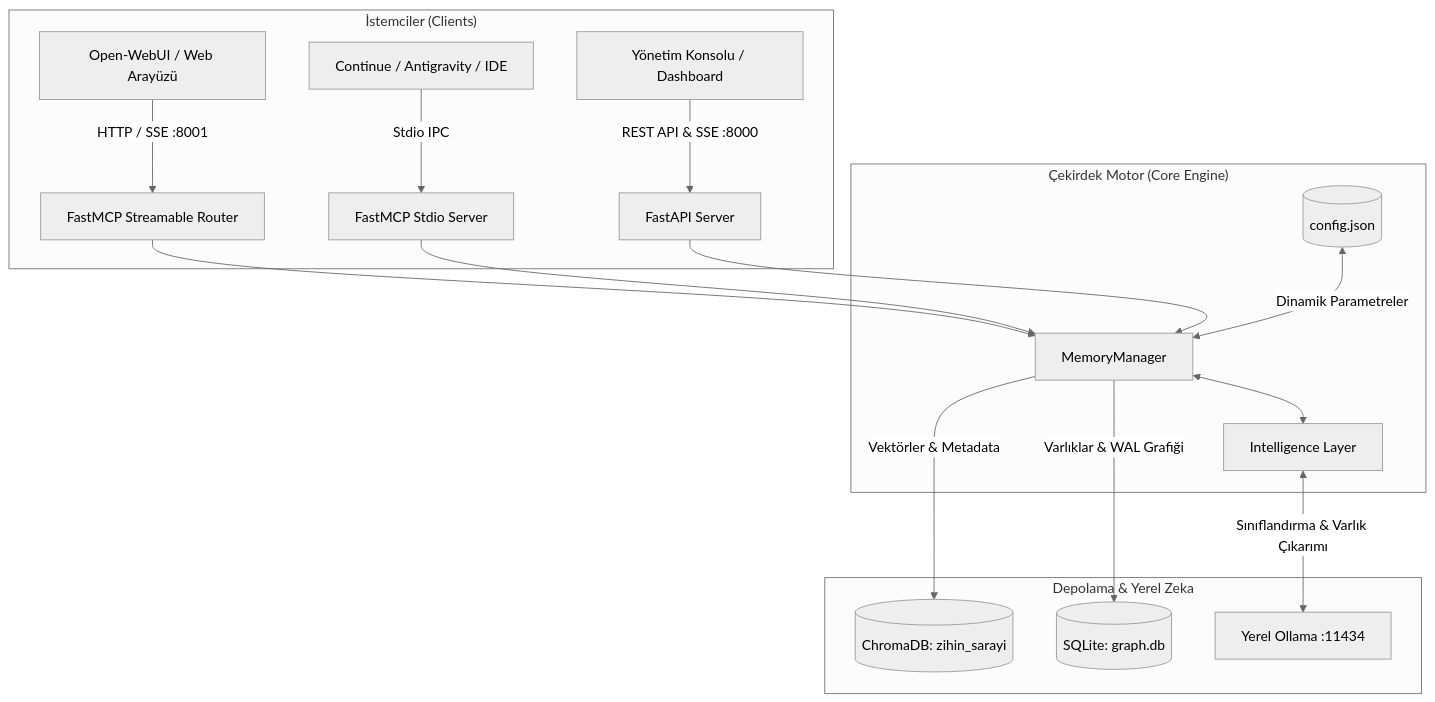
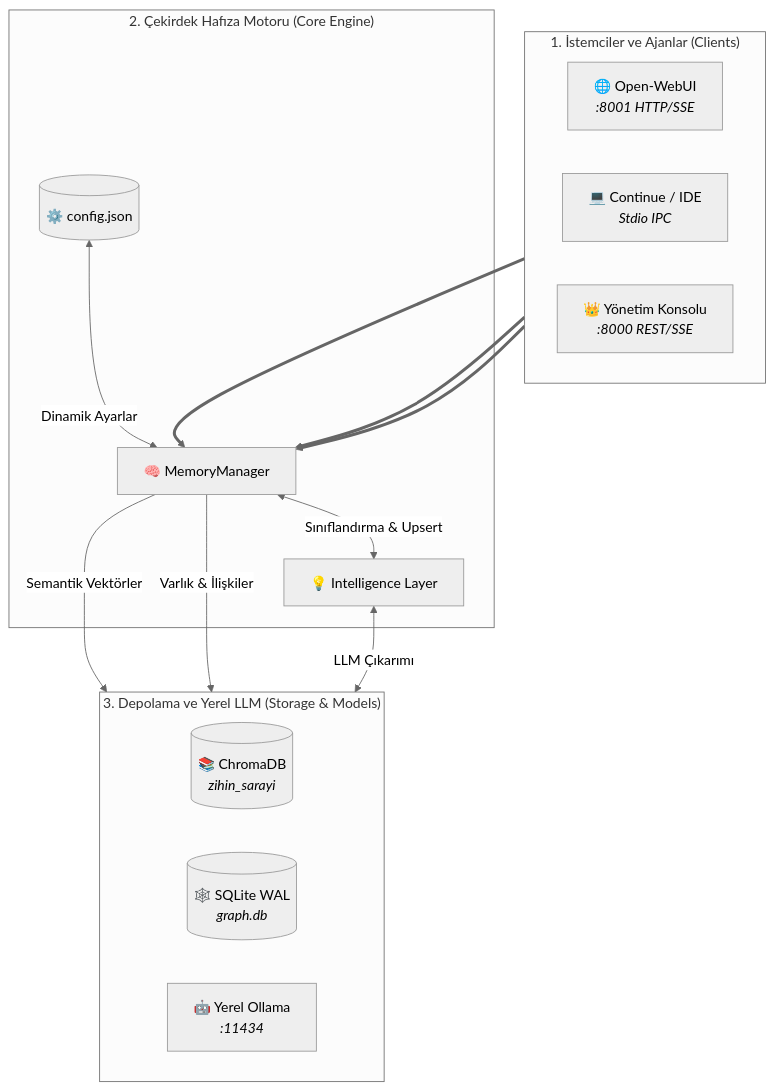
One commit to xmrah/localmind changed the diagram in README.md. Above: the diagram before and after it, drawn with Mermaid (neutral theme).

Commit message:
feat(localmind): style(docs): mimari semasi simetrik katmanlara ayrildi - 2026-10-04 22:02

````diff
--- a/README.md
+++ b/README.md
@@ -62,22 +62,29 @@
 ```mermaid
-graph TD
-    subgraph Clients ["İstemciler (Clients)"]
-        C1["Open-WebUI / Web Arayüzü"] -->|HTTP / SSE :8001| R1["FastMCP Streamable Router"]
-        C2["Continue / Antigravity / IDE"] -->|Stdio IPC| R2["FastMCP Stdio Server"]
-        C3["Yönetim Konsolu / Dashboard"] -->|REST API & SSE :8000| S1["FastAPI Server"]
+flowchart TD
+    subgraph Clients ["1. İstemciler ve Ajanlar (Clients)"]
+        direction LR
+        C1["🌐 Open-WebUI<br><i>:8001 HTTP/SSE</i>"]
+        C2["💻 Continue / IDE<br><i>Stdio IPC</i>"]
+        C3["👑 Yönetim Konsolu<br><i>:8000 REST/SSE</i>"]
     end
 
-    subgraph Core ["Çekirdek Motor (Core Engine)"]
-        R1 --> MM["MemoryManager"]
-        R2 --> MM
-        S1 --> MM
-        CFG[("config.json")] <-->|Dinamik Parametreler| MM
-        MM <--> INT["Intelligence Layer"]
+    subgraph Core ["2. Çekirdek Hafıza Motoru (Core Engine)"]
+        CFG[("⚙️ config.json")] <-->|Dinamik Ayarlar| MM["🧠 MemoryManager"]
+        MM <-->|Sınıflandırma & Upsert| INT["💡 Intelligence Layer"]
     end
 
-    subgraph Storage ["Depolama & Yerel Zeka"]
-        MM -->|Vektörler & Metadata| VDB[("ChromaDB: zihin_sarayi")]
-        MM -->|Varlıklar & WAL Grafiği| GDB[("SQLite: graph.db")]
-        INT <-->|Sınıflandırma & Varlık Çıkarımı| OLLAMA["Yerel Ollama :11434"]
+    subgraph Storage ["3. Depolama ve Yerel LLM (Storage & Models)"]
+        direction LR
+        VDB[("📚 ChromaDB<br><i>zihin_sarayi</i>")]
+        GDB[("🕸️ SQLite WAL<br><i>graph.db</i>")]
+        OLLAMA["🤖 Yerel Ollama<br><i>:11434</i>"]
     end
+
+    C1 ==> MM
+    C2 ==> MM
+    C3 ==> MM
+
+    MM -->|Semantik Vektörler| VDB
+    MM -->|Varlık & İlişkiler| GDB
+    INT <-->|LLM Çıkarımı| OLLAMA
 ```
````
